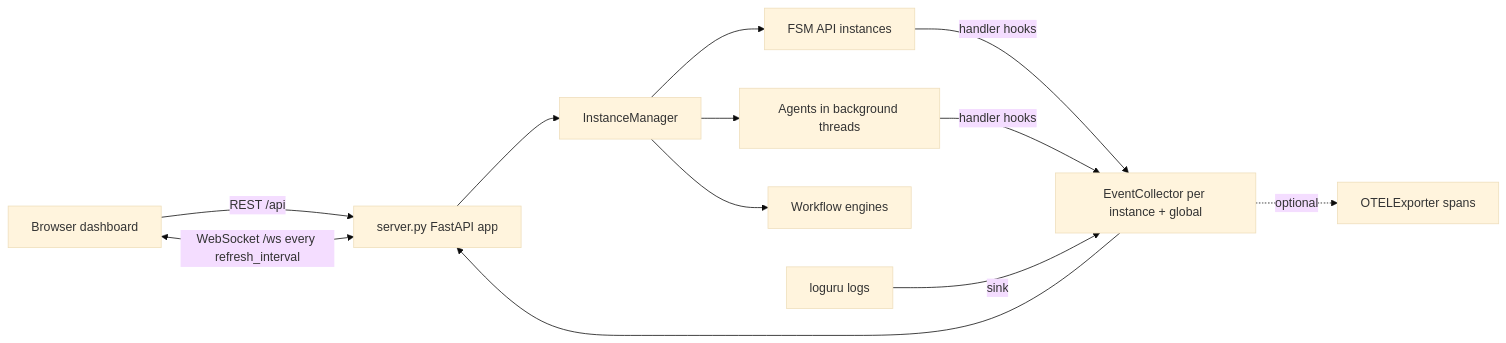
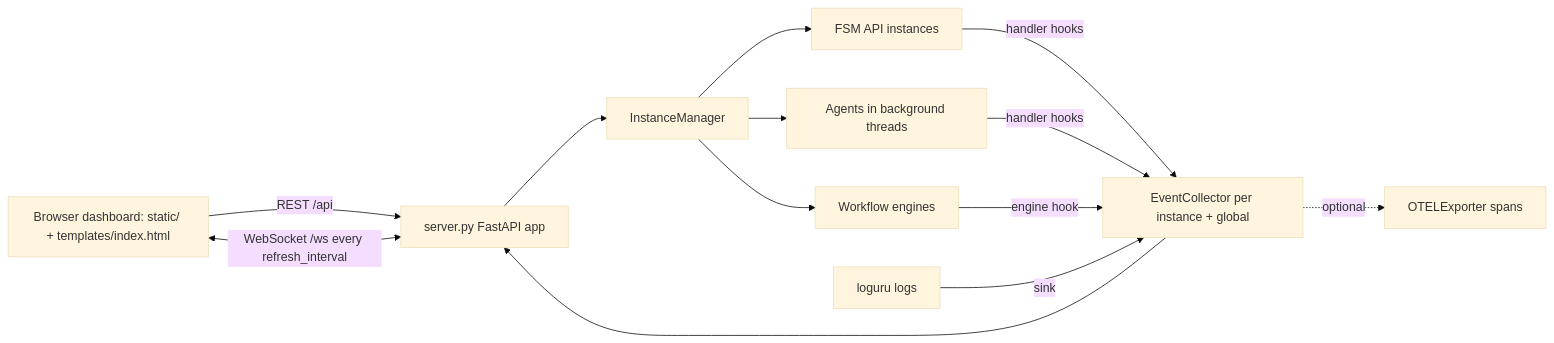
The diagram in src/fsm_llm/monitor/README.md (NikolasMarkou/fsm_llm), drawn with Mermaid (base theme) before and after one commit. The commit also changed other lines of this file and 49 other files, not shown here.

````diff
--- a/src/fsm_llm/monitor/README.md
+++ b/src/fsm_llm/monitor/README.md
@@ -13,13 +13,14 @@
 ```mermaid
 flowchart LR
-    Browser[Browser dashboard] -- REST /api --> Server[server.py FastAPI app]
+    Browser[Browser dashboard: static/ + templates/index.html] -- REST /api --> Server[server.py FastAPI app]
     Browser <-- WebSocket /ws every refresh_interval --> Server
     Server --> Manager[InstanceManager]
     Manager --> FSMs[FSM API instances]
     Manager --> Agents[Agents in background threads]
     Manager --> Workflows[Workflow engines]
     FSMs & Agents -- handler hooks --> Collectors[EventCollector per instance + global]
+    Workflows -- engine hook --> Collectors
     Loguru[loguru logs] -- sink --> Collectors
     Collectors --> Server
     Collectors -. optional .-> OTEL[OTELExporter spans]
 ```
````
